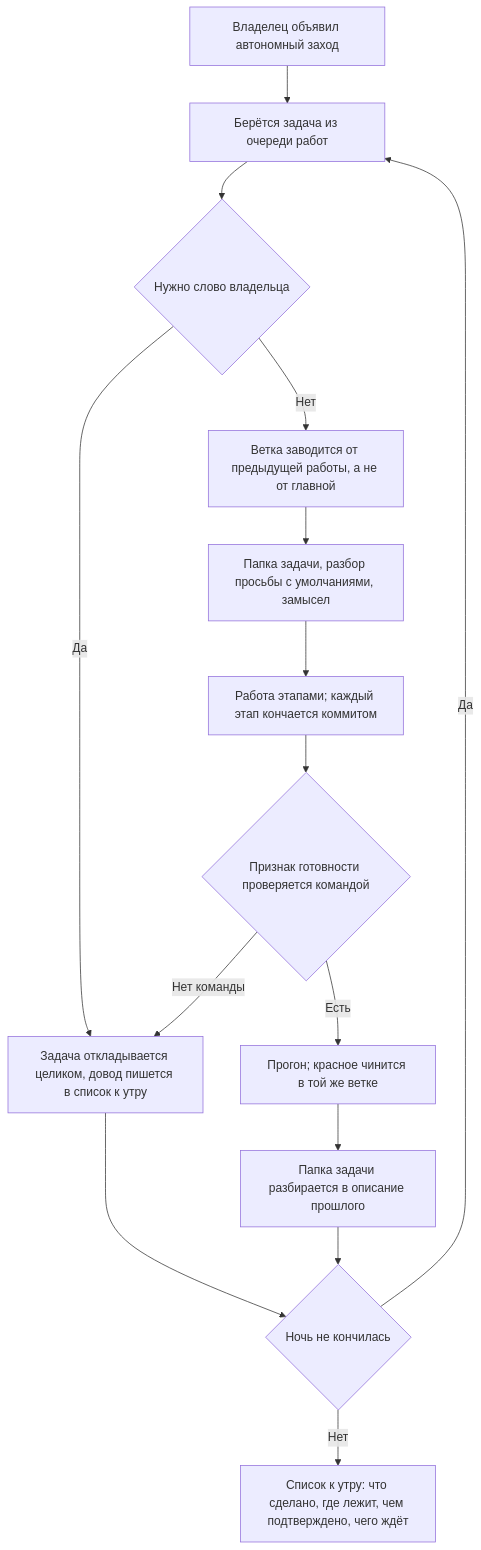
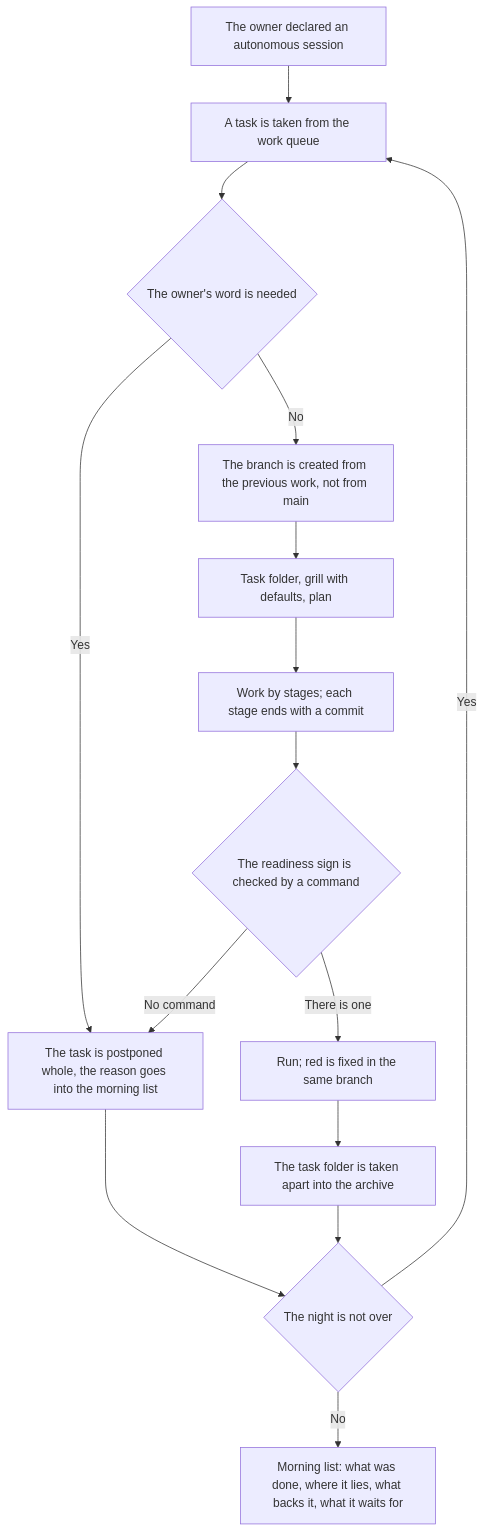
Before and after one commit to Eyhenij/rt-tools: the diagram in .claude/skills/autonomous-work/SKILL.md, drawn with Mermaid. The commit also changed other lines of this file and 71 other files, not shown here.

````diff
--- a/.claude/skills/autonomous-work/SKILL.md
+++ b/.claude/skills/autonomous-work/SKILL.md
@@ -35,17 +35,17 @@
 ```mermaid
 flowchart TD
-    A[Владелец объявил автономный заход] --> B[Берётся задача из очереди работ]
-    B --> C{Нужно слово владельца}
-    C -->|Да| D[Задача откладывается целиком, довод пишется в список к утру]
-    C -->|Нет| E[Ветка заводится от предыдущей работы, а не от главной]
-    E --> F[Папка задачи, разбор просьбы с умолчаниями, замысел]
-    F --> G[Работа этапами; каждый этап кончается коммитом]
-    G --> H{Признак готовности проверяется командой}
-    H -->|Нет команды| D
-    H -->|Есть| I[Прогон; красное чинится в той же ветке]
-    I --> J[Папка задачи разбирается в описание прошлого]
-    J --> K{Ночь не кончилась}
-    K -->|Да| B
-    K -->|Нет| L[Список к утру: что сделано, где лежит, чем подтверждено, чего ждёт]
+    A[The owner declared an autonomous session] --> B[A task is taken from the work queue]
+    B --> C{The owner's word is needed}
+    C -->|Yes| D[The task is postponed whole, the reason goes into the morning list]
+    C -->|No| E[The branch is created from the previous work, not from main]
+    E --> F[Task folder, grill with defaults, plan]
+    F --> G[Work by stages; each stage ends with a commit]
+    G --> H{The readiness sign is checked by a command}
+    H -->|No command| D
+    H -->|There is one| I[Run; red is fixed in the same branch]
+    I --> J[The task folder is taken apart into the archive]
+    J --> K{The night is not over}
+    K -->|Yes| B
+    K -->|No| L[Morning list: what was done, where it lies, what backs it, what it waits for]
     D --> K
 ```
````
